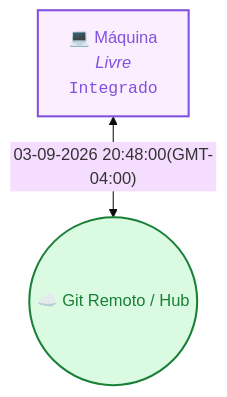
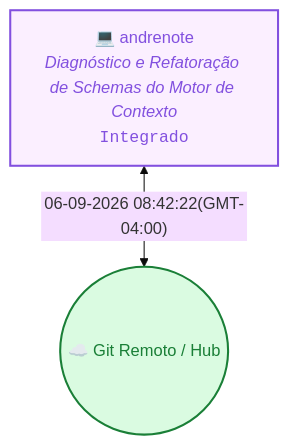
One commit to vitalia-platform/vitalia-sdd-context changed the diagram in README.md. Above: the diagram before and after it, drawn with Mermaid (base theme). The commit also changed other lines of this file and 10 other files, not shown here.

````diff
--- a/README.md
+++ b/README.md
@@ -20,8 +20,8 @@
 ```mermaid
 flowchart TD
   Cloud(("☁️ Git Remoto / Hub"))
-  M_7f367bd3["💻 Máquina<br/><i>Livre</i><br/><code>Integrado</code>"]
-  M_7f367bd3 <-->|"03-09-2026 20:48:00(GMT-04:00)"| Cloud
+  M_7f367bd3["💻 andrenote<br/><i>Diagnóstico e Refatoração de Schemas do Motor de Contexto</i><br/><code>Integrado</code>"]
+  M_7f367bd3 <-->|"06-09-2026 08:42:22(GMT-04:00)"| Cloud
   style M_7f367bd3 stroke:#8250df,stroke-width:2px,fill:#fbefff,color:#8250df
   style Cloud stroke:#1a7f37,stroke-width:2px,fill:#dafbe1,color:#1a7f37
 ```
````
